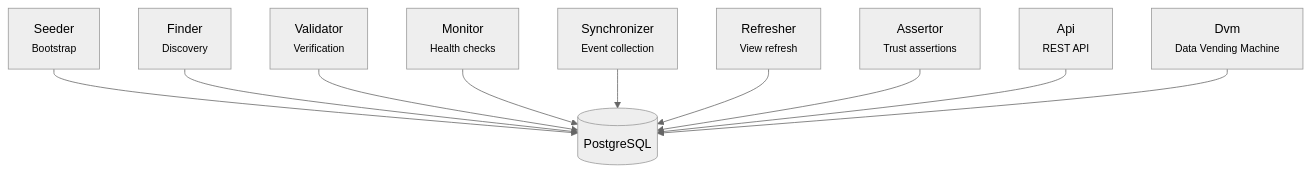
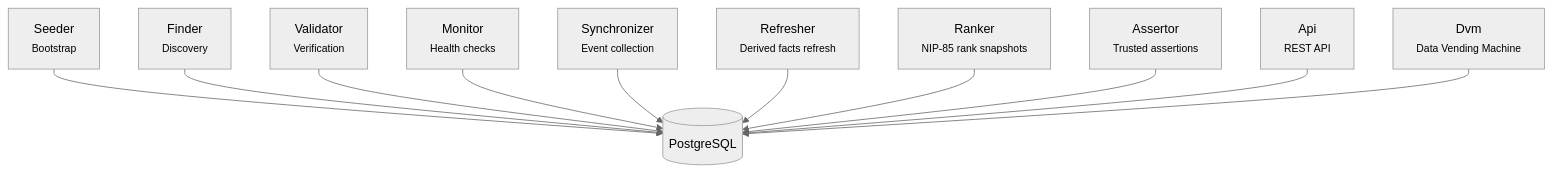
The diagram in docs/_snippets/pipeline.md (BigBrotr/bigbrotr), drawn with Mermaid (neutral theme) before and after one commit. The commit also changed 18 other files, not shown here.

````diff
--- a/docs/_snippets/pipeline.md
+++ b/docs/_snippets/pipeline.md
@@ -1,24 +1,26 @@
 ```mermaid
 flowchart TD
     DB[("PostgreSQL")]
 
     SE["Seeder<br/><small>Bootstrap</small>"]
     FI["Finder<br/><small>Discovery</small>"]
     VA["Validator<br/><small>Verification</small>"]
     MO["Monitor<br/><small>Health checks</small>"]
     SY["Synchronizer<br/><small>Event collection</small>"]
-    RE["Refresher<br/><small>View refresh</small>"]
-    AS["Assertor<br/><small>Trust assertions</small>"]
+    RE["Refresher<br/><small>Derived facts refresh</small>"]
+    RA["Ranker<br/><small>NIP-85 rank snapshots</small>"]
+    AS["Assertor<br/><small>Trusted assertions</small>"]
     AP["Api<br/><small>REST API</small>"]
     DV["Dvm<br/><small>Data Vending Machine</small>"]
 
     SE --> DB
     FI --> DB
     VA --> DB
     MO --> DB
     SY --> DB
     RE --> DB
+    RA --> DB
     AS --> DB
     AP --> DB
     DV --> DB
 ```
````
